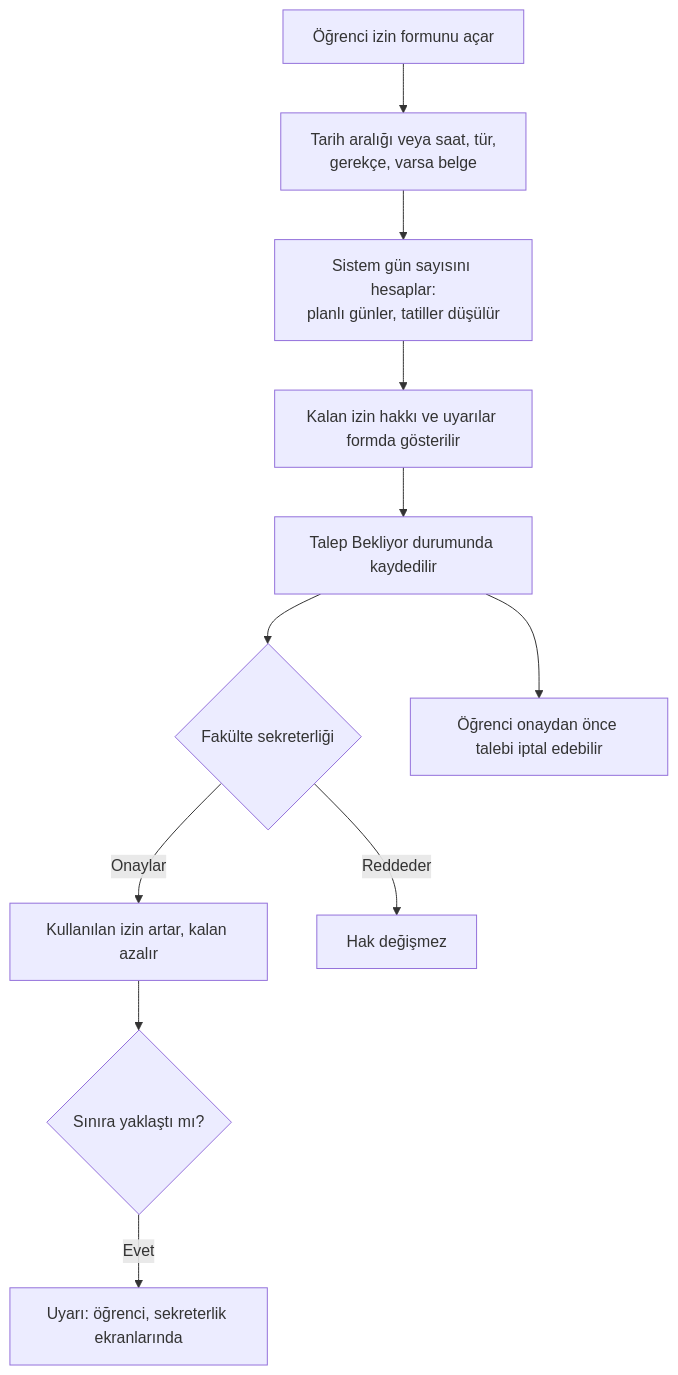
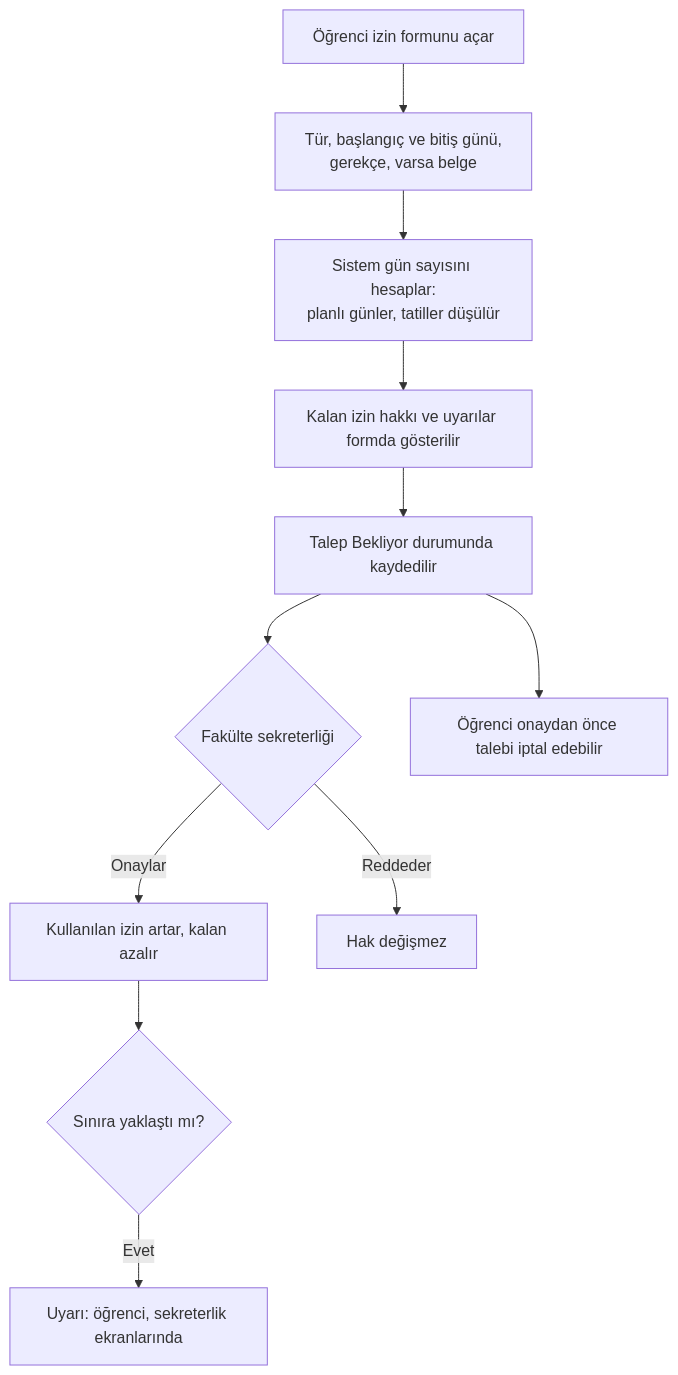
One commit to mcan-dev/iskur-otomasyon changed the fourth of 8 diagrams in teslim/1_Arastirma/03_is_akislari.md. Above: the diagram before and after it, drawn with Mermaid. The commit also changed other lines of this file and 41 other files, not shown here.

````diff
--- a/teslim/1_Arastirma/03_is_akislari.md
+++ b/teslim/1_Arastirma/03_is_akislari.md
@@ -58,13 +58,13 @@
 ```mermaid
 flowchart TD
-    A[Öğrenci izin formunu açar] --> B[Tarih aralığı veya saat, tür,<br/>gerekçe, varsa belge]
+    A[Öğrenci izin formunu açar] --> B[Tür, başlangıç ve bitiş günü,<br/>gerekçe, varsa belge]
     B --> C[Sistem gün sayısını hesaplar:<br/>planlı günler, tatiller düşülür]
     C --> D[Kalan izin hakkı ve uyarılar formda gösterilir]
     D --> E[Talep Bekliyor durumunda kaydedilir]
     E --> F{Fakülte sekreterliği}
     F -- Onaylar --> G[Kullanılan izin artar, kalan azalır]
     F -- Reddeder --> H[Hak değişmez]
     E --> I[Öğrenci onaydan önce talebi iptal edebilir]
     G --> J{Sınıra yaklaştı mı?}
     J -- Evet --> K[Uyarı: öğrenci, sekreterlik ekranlarında]
 ```
````
